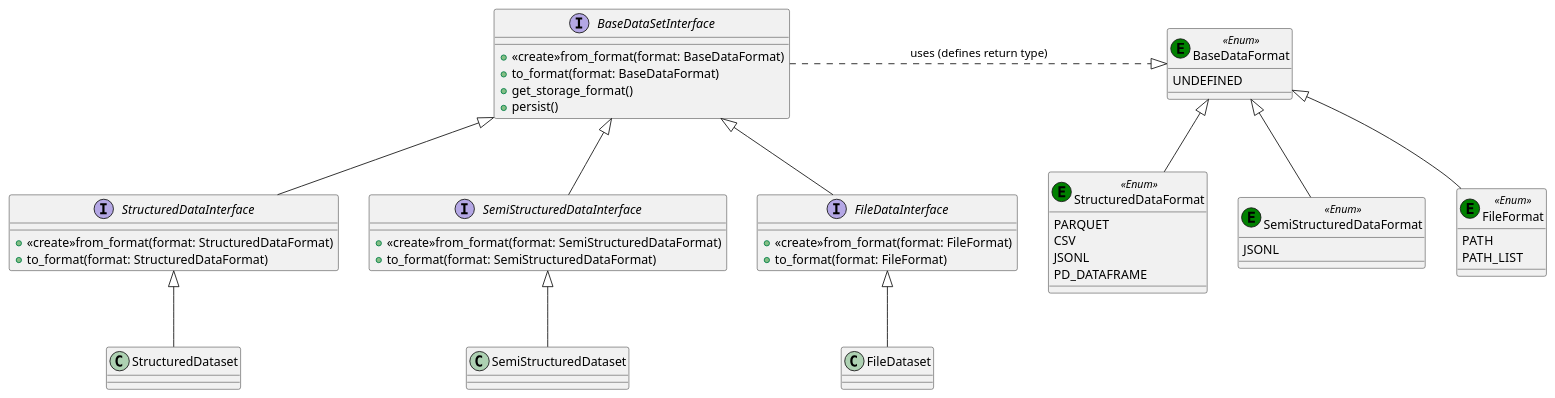
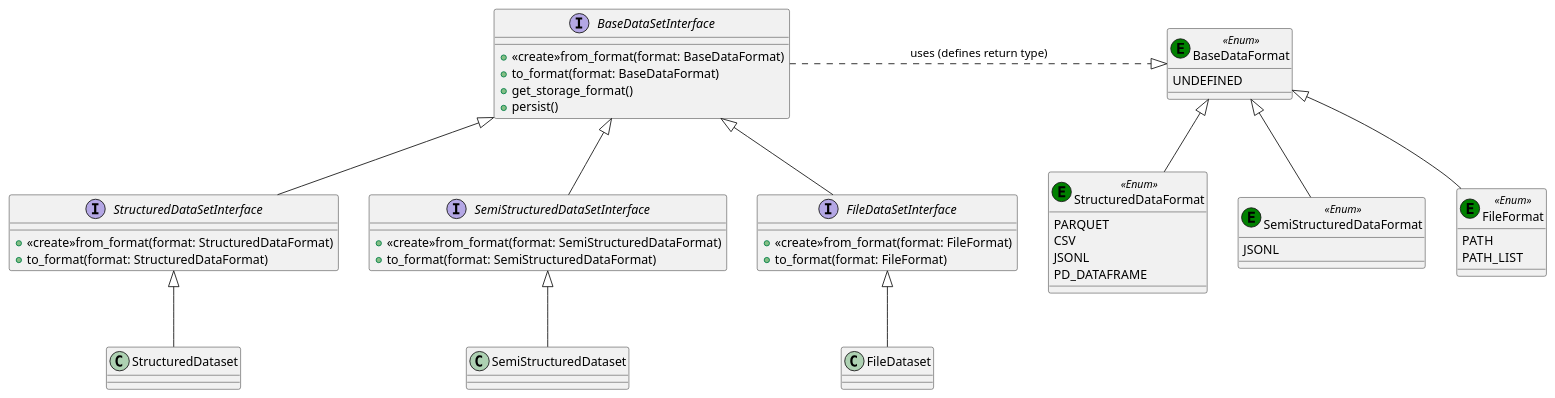
One commit to tloeber/ML-interfaces changed the diagram in docs/uml/dataset_interface_simplified.puml. Above: the diagram before and after it, drawn with PlantUML. The commit also changed 14 other files, not shown here.

Commit message:
Move reader and writer from container to data*set*.

```diff
--- a/docs/uml/dataset_interface_simplified.puml
+++ b/docs/uml/dataset_interface_simplified.puml
@@ -1,60 +1,60 @@
 @startuml
 
 interface BaseDataSetInterface {
   +<<create>>from_format(format: BaseDataFormat)
   +to_format(format: BaseDataFormat)
   +get_storage_format()
   +persist()
 }
 
-BaseDataSetInterface <|-- StructuredDataInterface
-BaseDataSetInterface <|-- SemiStructuredDataInterface
-BaseDataSetInterface <|-- FileDataInterface
+BaseDataSetInterface <|-- StructuredDataSetInterface
+BaseDataSetInterface <|-- SemiStructuredDataSetInterface
+BaseDataSetInterface <|-- FileDataSetInterface
 
-interface StructuredDataInterface {
+interface StructuredDataSetInterface {
   +<<create>>from_format(format: StructuredDataFormat)
   +to_format(format: StructuredDataFormat)
 }
 
-interface SemiStructuredDataInterface {
+interface SemiStructuredDataSetInterface {
   +<<create>>from_format(format: SemiStructuredDataFormat)
   +to_format(format: SemiStructuredDataFormat)
 }
 
-interface FileDataInterface {
+interface FileDataSetInterface {
   +<<create>>from_format(format: FileFormat)
   +to_format(format: FileFormat)
 }
 
-StructuredDataInterface <|-- StructuredDataset
-SemiStructuredDataInterface <|-- SemiStructuredDataset
-FileDataInterface <|-- FileDataset
+StructuredDataSetInterface <|-- StructuredDataset
+SemiStructuredDataSetInterface <|-- SemiStructuredDataset
+FileDataSetInterface <|-- FileDataset
 
 
 enum BaseDataFormat << (E,green) Enum >> {
   UNDEFINED
 }
 
 enum StructuredDataFormat << (E,green) Enum >> {
   PARQUET
   CSV
   JSONL
   PD_DATAFRAME
 }
 
 enum SemiStructuredDataFormat << (E,green) Enum >> {
   JSONL
 }
 
 enum FileFormat << (E,green) Enum >> {
   PATH
   PATH_LIST
 }
 
 BaseDataFormat <|-- StructuredDataFormat
 BaseDataFormat <|-- SemiStructuredDataFormat
 BaseDataFormat <|-- FileFormat
 
 BaseDataSetInterface .right.|> BaseDataFormat : uses (defines return type)
 
 @enduml
```
